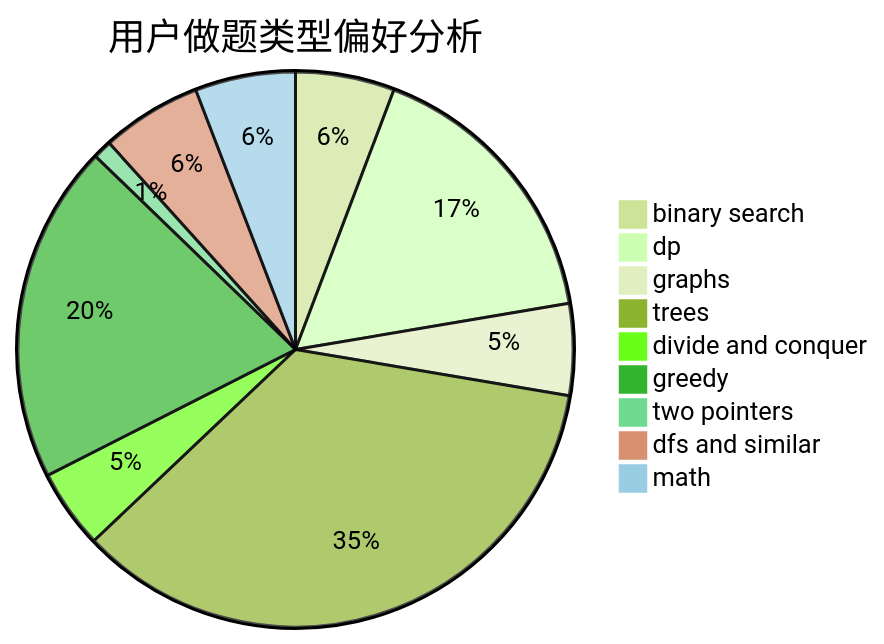
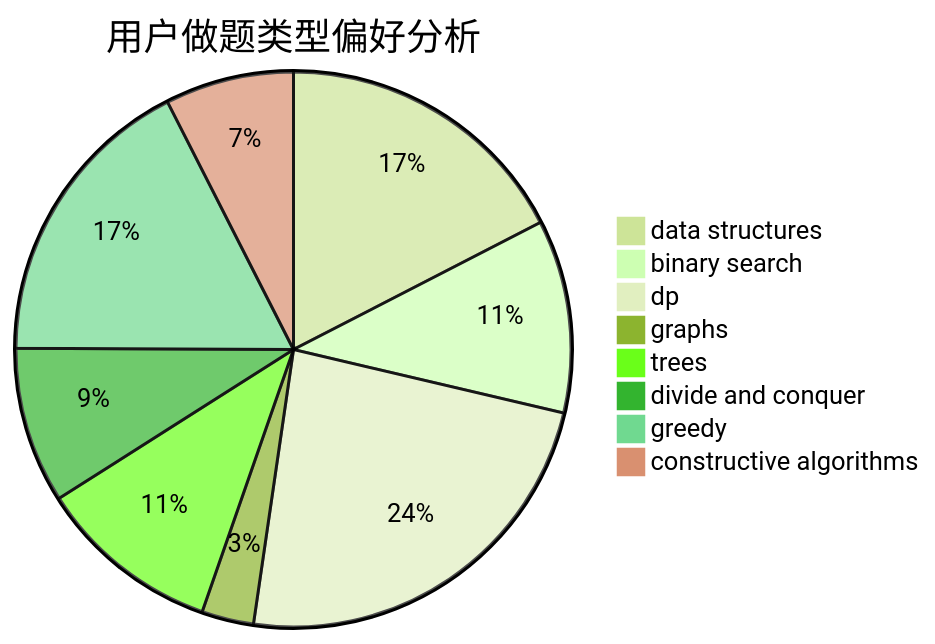
The second of 3 diagrams in docs/user/u357.md (sherpahu/cfrs.github.io), drawn with Mermaid (forest theme) before and after one commit. The commit also changed other lines of this file and 2775 other files, not shown here.

````diff
--- a/docs/user/u357.md
+++ b/docs/user/u357.md
@@ -23,12 +23,11 @@
 ```mermaid
 pie title 用户做题类型偏好分析
-    "binary search" :  79
-    "dp" :  227
-    "graphs" :  73
-    "trees" :  483
+    "data structures" :  121
+    "binary search" :  78
+    "dp" :  164
+    "graphs" :  21
+    "trees" :  74
     "divide and conquer" :  63
-    "greedy" :  270
-    "two pointers" :  15
-    "dfs and similar" :  80
-    "math" :  80
+    "greedy" :  121
+    "constructive algorithms" :  52
 ```
````
